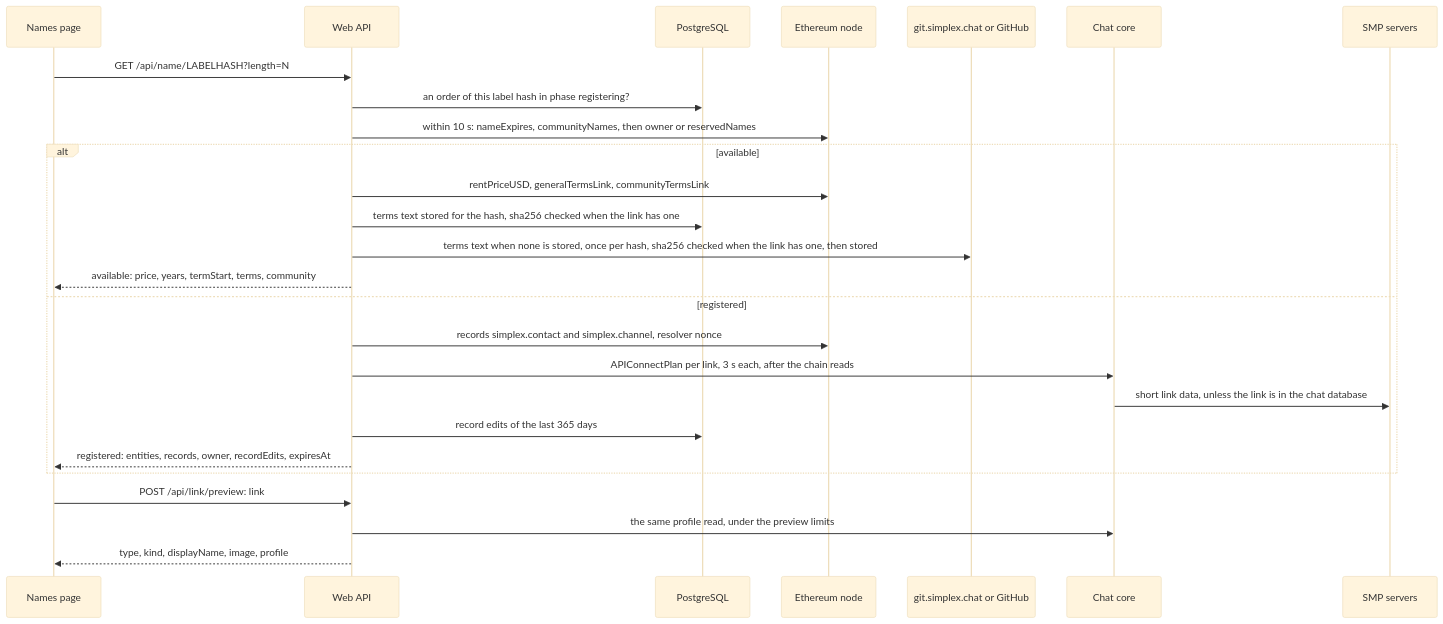
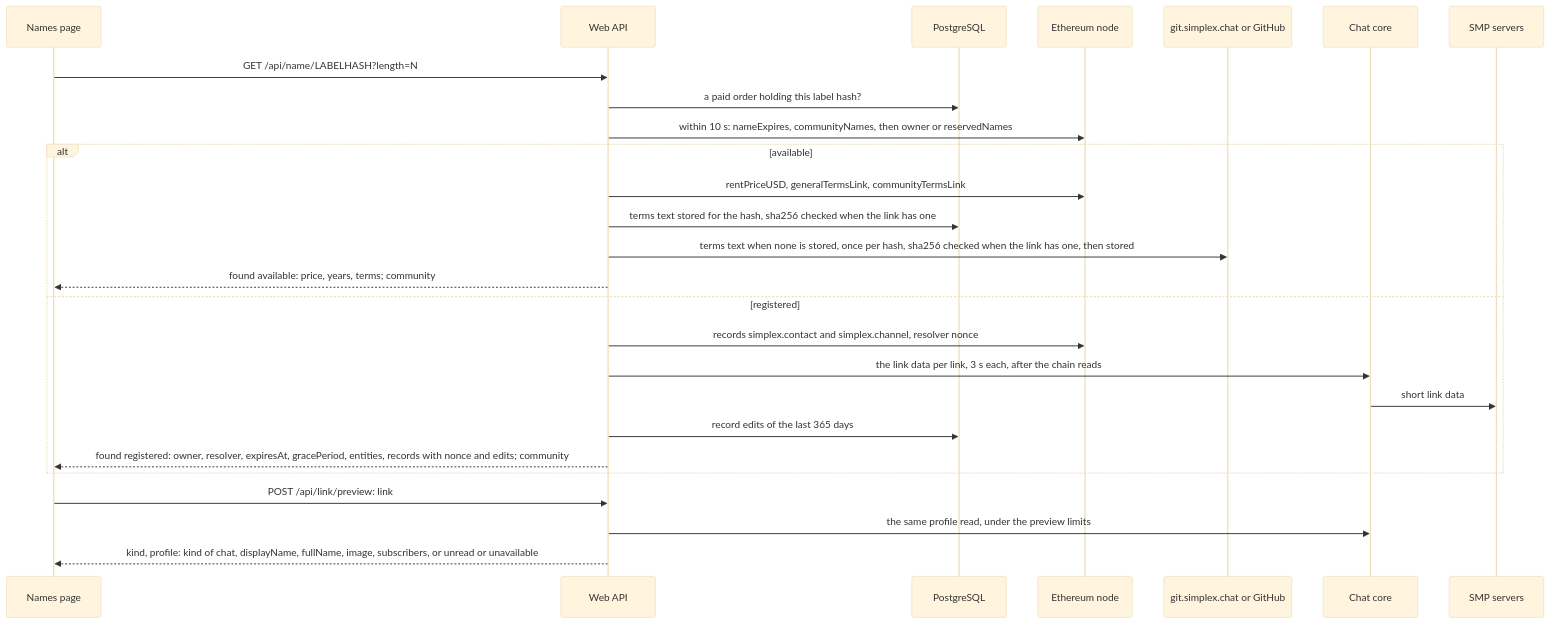
The fifth of 15 diagrams in apps/simplex-store-service/docs/names.md (simplex-chat/simplex-chat), drawn with Mermaid (base theme) before and after one commit. The commit also changed other lines of this file and 207 other files, not shown here.

````diff
--- a/apps/simplex-store-service/docs/names.md
+++ b/apps/simplex-store-service/docs/names.md
@@ -293,28 +313,28 @@
 ```mermaid
 sequenceDiagram
   participant P as Names page
   participant W as Web API
   participant D as PostgreSQL
   participant E as Ethereum node
   participant G as git.simplex.chat or GitHub
   participant C as Chat core
   participant M as SMP servers
   P->>W: GET /api/name/LABELHASH?length=N
-  W->>D: an order of this label hash in phase registering?
+  W->>D: a paid order holding this label hash?
   W->>E: within 10 s: nameExpires, communityNames, then owner or reservedNames
   alt available
     W->>E: rentPriceUSD, generalTermsLink, communityTermsLink
     W->>D: terms text stored for the hash, sha256 checked when the link has one
     W->>G: terms text when none is stored, once per hash, sha256 checked when the link has one, then stored
-    W-->>P: available: price, years, termStart, terms, community
+    W-->>P: found available: price, years, terms#59; community
   else registered
     W->>E: records simplex.contact and simplex.channel, resolver nonce
-    W->>C: APIConnectPlan per link, 3 s each, after the chain reads
-    C->>M: short link data, unless the link is in the chat database
+    W->>C: the link data per link, 3 s each, after the chain reads
+    C->>M: short link data
     W->>D: record edits of the last 365 days
-    W-->>P: registered: entities, records, owner, recordEdits, expiresAt
+    W-->>P: found registered: owner, resolver, expiresAt, gracePeriod, entities, records with nonce and edits#59; community
   end
   P->>W: POST /api/link/preview: link
   W->>C: the same profile read, under the preview limits
-  W-->>P: type, kind, displayName, image, profile
+  W-->>P: kind, profile: kind of chat, displayName, fullName, image, subscribers, or unread or unavailable
 ```
````
